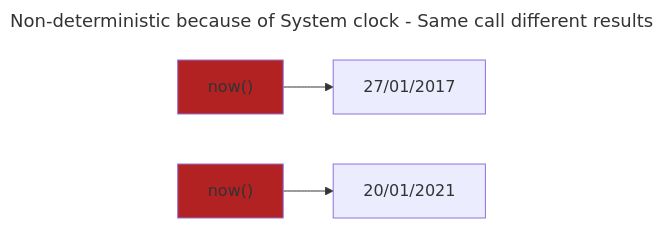
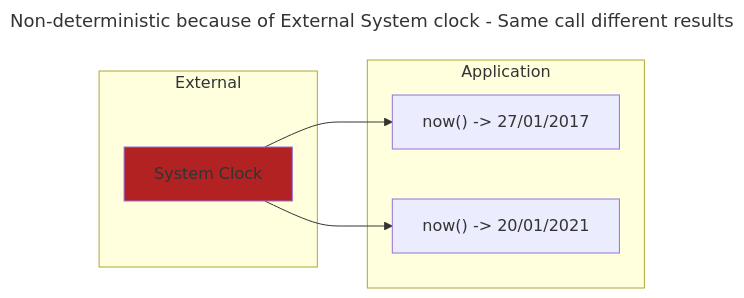
The fourth of 10 diagrams in structure.md (grierson/grierson), drawn with Mermaid before and after one commit. The commit also changed other lines of this file, not shown here.

````diff
--- a/structure.md
+++ b/structure.md
@@ -73,10 +73,18 @@
 ```mermaid
 ---
-title: Non-deterministic because of System clock - Same call different results
+title: Non-deterministic because of External System clock - Same call different results
 ---
 flowchart LR
-  style Now fill:FireBrick
-  Now["now()"] --> 27/01/2017
-  style Now2 fill:FireBrick
-  Now2["now()"] --> 20/01/2021
+  subgraph Application
+    Now
+    Now2
+    Now["now() -> 27/01/2017"]
+    Now2["now() -> 20/01/2021"]
+  end
+  subgraph External
+    System
+  end
+  style System fill:FireBrick
+  System["System Clock"] --> Now
+  System["System Clock"] --> Now2
 ```
````
